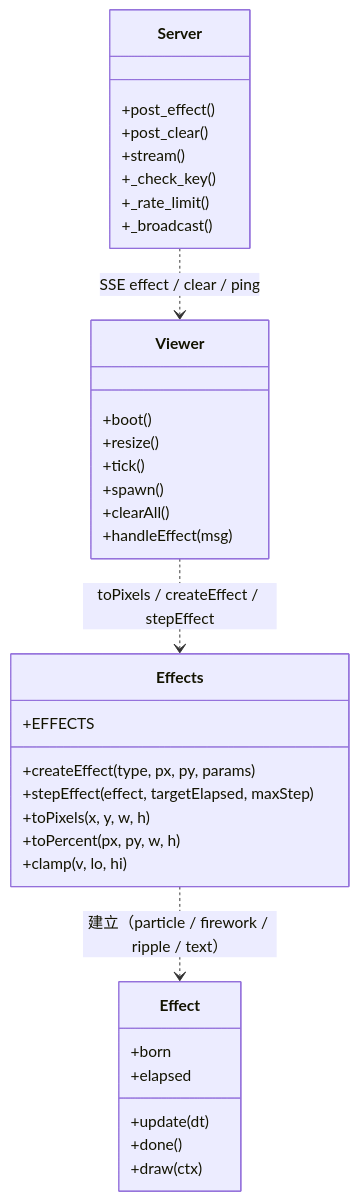
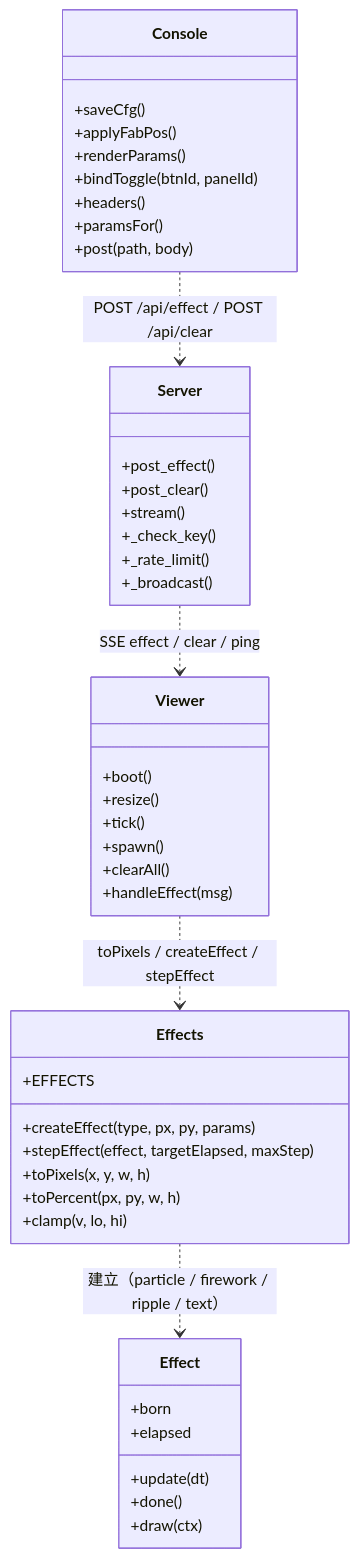
Before and after one commit to zivngit/Real-time-Interaction-html: the fifth of 6 diagrams in docs/agents/CALL_GRAPH.md, drawn with Mermaid. The commit also changed other lines of this file and 4 other files, not shown here.

````diff
--- a/docs/agents/CALL_GRAPH.md
+++ b/docs/agents/CALL_GRAPH.md
@@ -123,37 +125,47 @@
 ```mermaid
 classDiagram
     class Effects {
         +EFFECTS
         +createEffect(type, px, py, params)
         +stepEffect(effect, targetElapsed, maxStep)
         +toPixels(x, y, w, h)
         +toPercent(px, py, w, h)
         +clamp(v, lo, hi)
     }
     class Effect {
         +update(dt)
         +done()
         +draw(ctx)
         +born
         +elapsed
     }
     class Viewer {
         +boot()
         +resize()
         +tick()
         +spawn()
         +clearAll()
         +handleEffect(msg)
     }
     class Server {
         +post_effect()
         +post_clear()
         +stream()
         +_check_key()
         +_rate_limit()
         +_broadcast()
     }
+    class Console {
+        +saveCfg()
+        +applyFabPos()
+        +renderParams()
+        +bindToggle(btnId, panelId)
+        +headers()
+        +paramsFor()
+        +post(path, body)
+    }
     Viewer ..> Effects : toPixels / createEffect / stepEffect
     Effects ..> Effect : 建立（particle / firework / ripple / text）
+    Console ..> Server : POST /api/effect / POST /api/clear
     Server ..> Viewer : SSE effect / clear / ping
 ```
````
